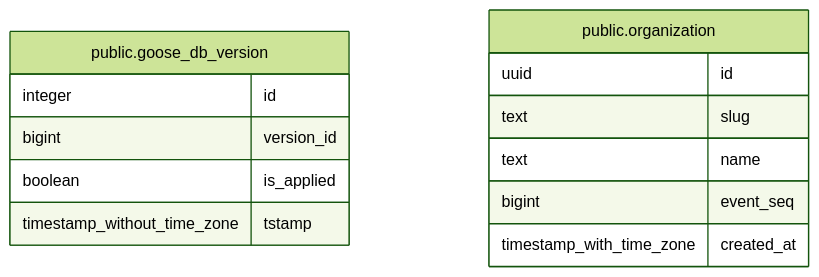
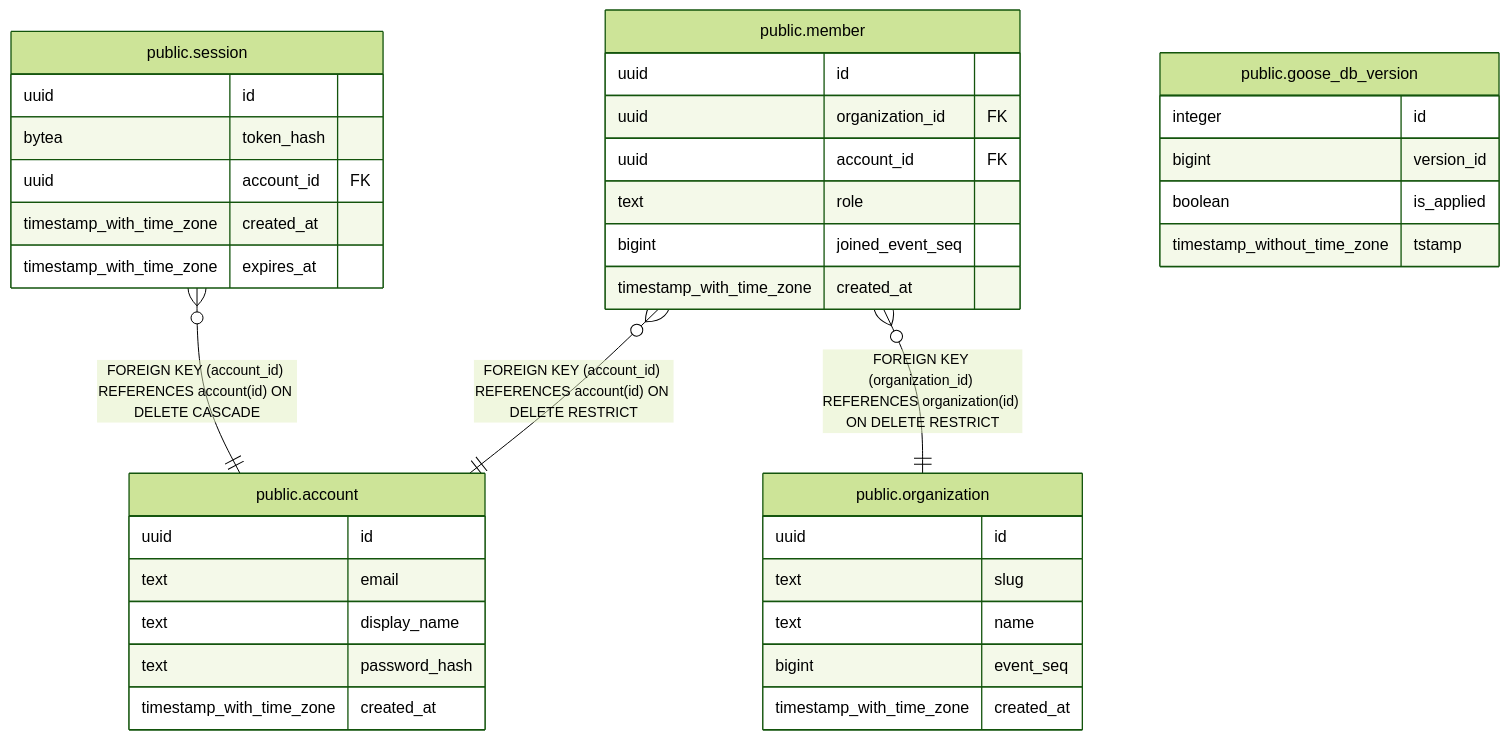
Before and after one commit to tkakkie/ribbitto: the diagram in docs/schema/README.md, drawn with Mermaid (forest theme). The commit also changed other lines of this file and 19 other files, not shown here.

First line of the commit message:
feat: add account, session and member tables with validation rules

````diff
--- a/docs/schema/README.md
+++ b/docs/schema/README.md
@@ -12,18 +15,43 @@
 ```mermaid
 erDiagram
 
+"public.session" }o--|| "public.account" : "FOREIGN KEY (account_id) REFERENCES account(id) ON DELETE CASCADE"
+"public.member" }o--|| "public.organization" : "FOREIGN KEY (organization_id) REFERENCES organization(id) ON DELETE RESTRICT"
+"public.member" }o--|| "public.account" : "FOREIGN KEY (account_id) REFERENCES account(id) ON DELETE RESTRICT"
 
 "public.goose_db_version" {
   integer id
   bigint version_id
   boolean is_applied
   timestamp_without_time_zone tstamp
 }
 "public.organization" {
   uuid id
   text slug
   text name
   bigint event_seq
   timestamp_with_time_zone created_at
 }
+"public.account" {
+  uuid id
+  text email
+  text display_name
+  text password_hash
+  timestamp_with_time_zone created_at
+}
+"public.session" {
+  uuid id
+  bytea token_hash
+  uuid account_id FK
+  timestamp_with_time_zone created_at
+  timestamp_with_time_zone expires_at
+}
+"public.member" {
+  uuid id
+  uuid organization_id FK
+  uuid account_id FK
+  text role
+  bigint joined_event_seq
+  timestamp_with_time_zone created_at
+}
 ```
````
